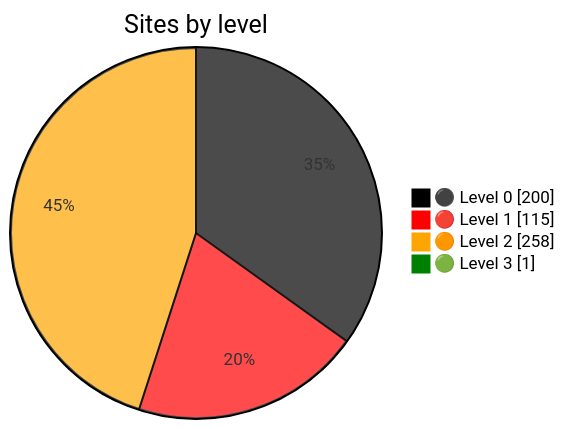
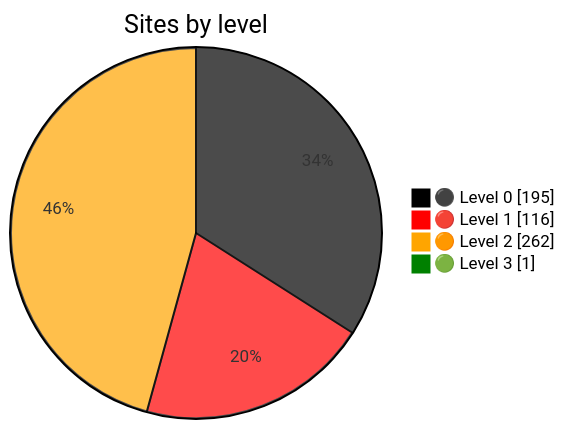
Before and after one commit to Dushmilan/gov_lk_web_auditor: the diagram in README.md, drawn with Mermaid. The commit also changed other lines of this file and 2552 other files, not shown here.

````diff
--- a/README.md
+++ b/README.md
@@ -24,9 +24,9 @@
 ```mermaid
 %%{init: {"themeVariables":{"pie1":"black","pie2":"red","pie3":"orange","pie4":"green"}}}%%
 pie showData
     title Sites by level
-    "⚫ Level 0" : 200
-    "🔴 Level 1" : 115
-    "🟠 Level 2" : 258
+    "⚫ Level 0" : 195
+    "🔴 Level 1" : 116
+    "🟠 Level 2" : 262
     "🟢 Level 3" : 1
 ```
````
